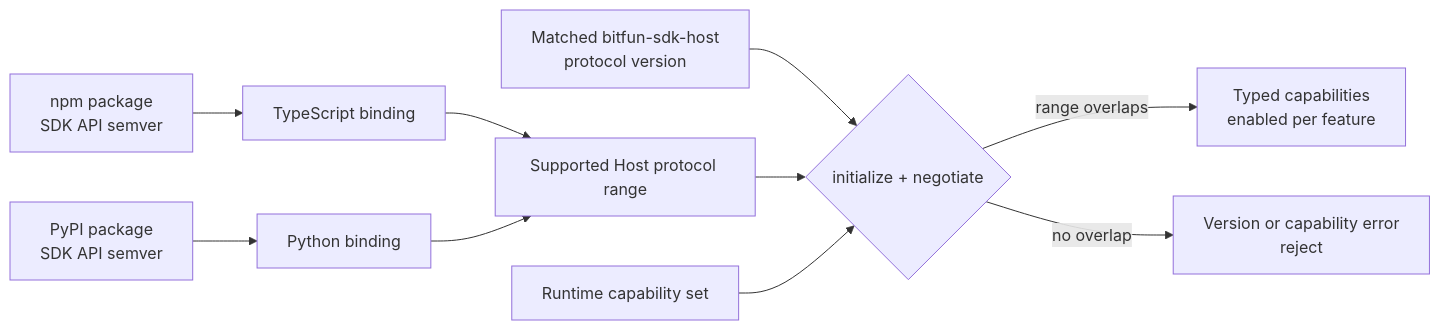
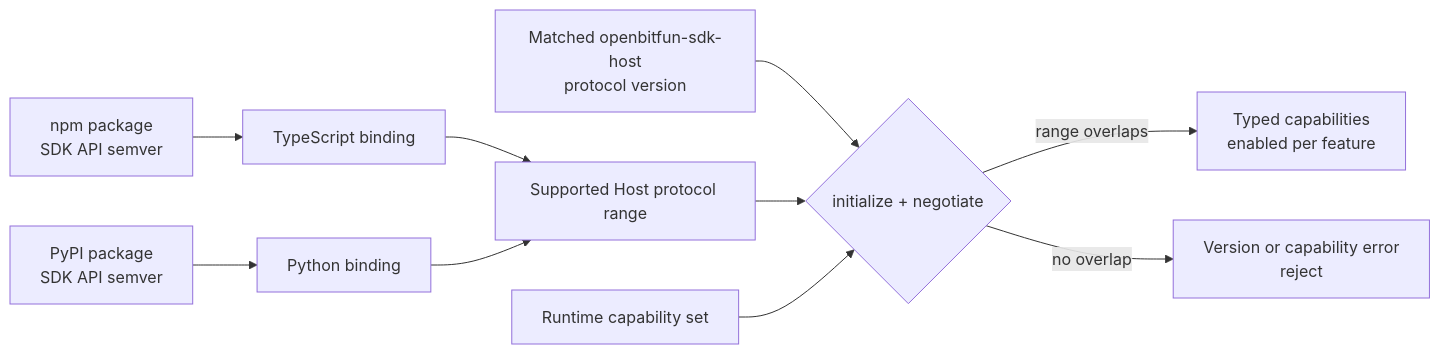
The tenth of 11 diagrams in docs/architecture/agent-sdk-product-architecture.md (1688mengdie/BitFun), drawn with Mermaid before and after one commit. The commit also changed other lines of this file and 4651 other files, not shown here.

````diff
--- a/docs/architecture/agent-sdk-product-architecture.md
+++ b/docs/architecture/agent-sdk-product-architecture.md
@@ -548,12 +548,12 @@
 ```mermaid
 flowchart LR
   TSRelease["npm package\nSDK API semver"] --> SDK["TypeScript binding"]
   PyRelease["PyPI package\nSDK API semver"] --> SDK2["Python binding"]
   SDK --> Range["Supported Host protocol range"]
   SDK2 --> Range
-  Host["Matched bitfun-sdk-host\nprotocol version"] --> Negotiate{"initialize + negotiate"}
+  Host["Matched openbitfun-sdk-host\nprotocol version"] --> Negotiate{"initialize + negotiate"}
   Range --> Negotiate
   Runtime["Runtime capability set"] --> Negotiate
   Negotiate -->|"range overlaps"| Ready["Typed capabilities\nenabled per feature"]
   Negotiate -->|"no overlap"| Reject["Version or capability error\nreject"]
 ```
````
